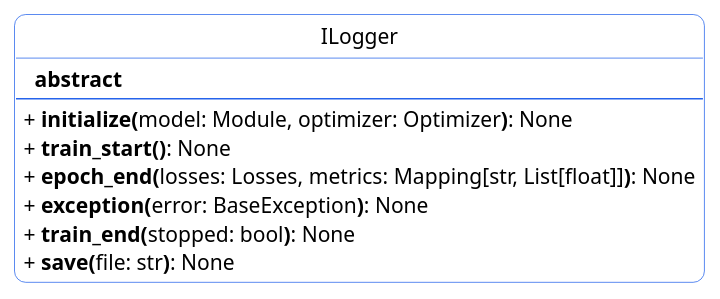
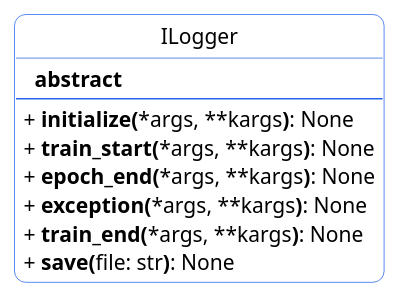
One commit to luralves/bernet changed the diagram in docs/contracts/logger.puml. Above: the diagram before and after it, drawn with PlantUML. The commit also changed 7 other files, not shown here.

```diff
--- a/docs/contracts/logger.puml
+++ b/docs/contracts/logger.puml
@@ -1,33 +1,33 @@
 @startuml logger
 ' === Clean modern look ===
 skinparam backgroundColor #FFFFFF
 skinparam classBackgroundColor #FFFFFF
 skinparam classBorderColor #2563EB
 skinparam roundCorner 15
 skinparam shadowing false
 
 ' Hide empty members
 hide empty members
 
 ' Hide circle
 hide circle
 
 ' Remove circles
 skinparam CircledCharacterRadius 10
 
 ' Remove markers from parameters and methods
 skinparam classAttributeIconSize 0
 
 ' ===== Diagram content =====
 class ILogger {
     **  abstract**
     --
-    + ** initialize(**model: Module, optimizer: Optimizer**)**: None
-    + ** train_start()**: None
-    + ** epoch_end(**losses: Losses, metrics: Mapping[str, List[float]]**)**: None
-    + ** exception(**error: BaseException**)**: None
-    + ** train_end(**stopped: bool**)**: None
+    + ** initialize(**&#42;args, &#42;&#42;kargs**)**: None
+    + ** train_start(**&#42;args, &#42;&#42;kargs**)**: None
+    + ** epoch_end(**&#42;args, &#42;&#42;kargs**)**: None
+    + ** exception(**&#42;args, &#42;&#42;kargs**)**: None
+    + ** train_end(**&#42;args, &#42;&#42;kargs**)**: None
     + ** save(**file: str**)**: None
 }
 
 @enduml
```
